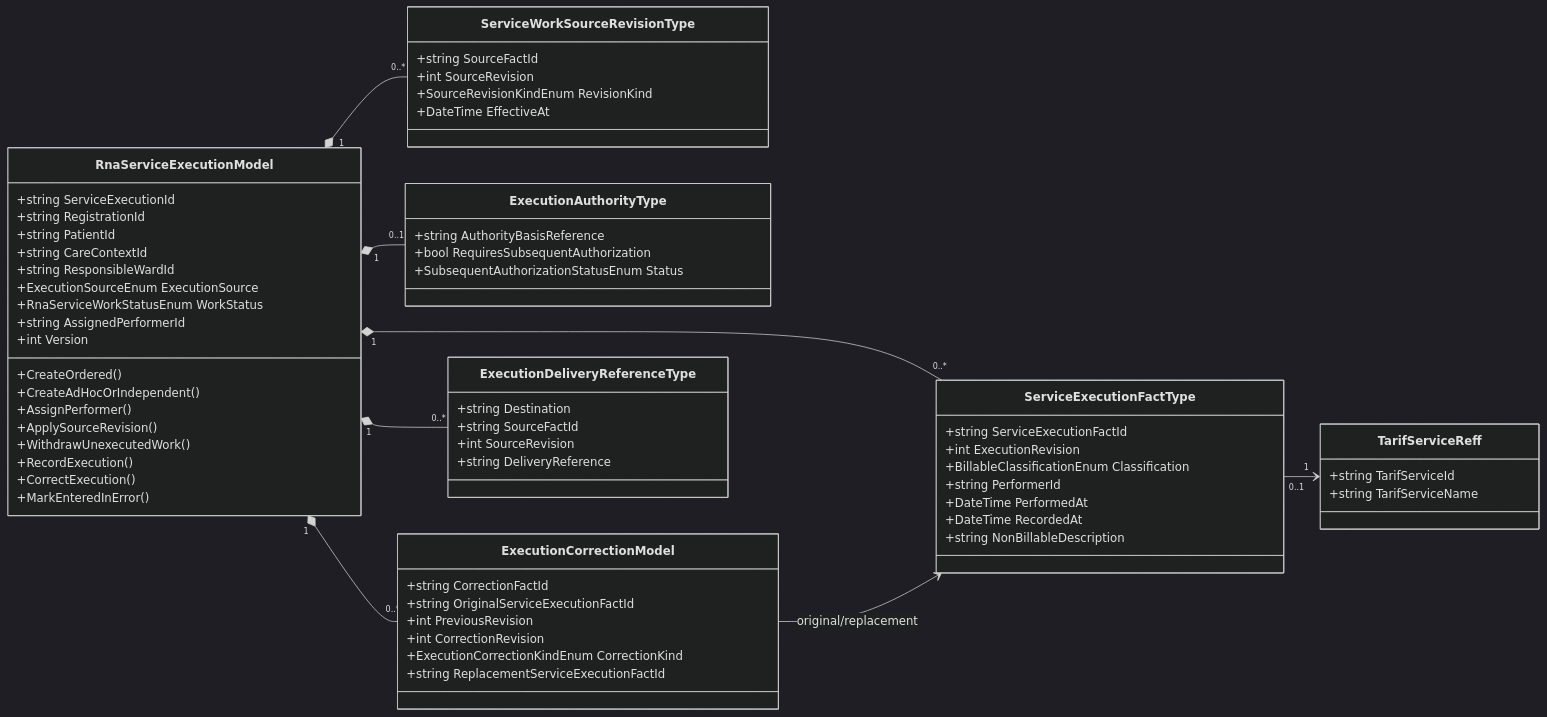
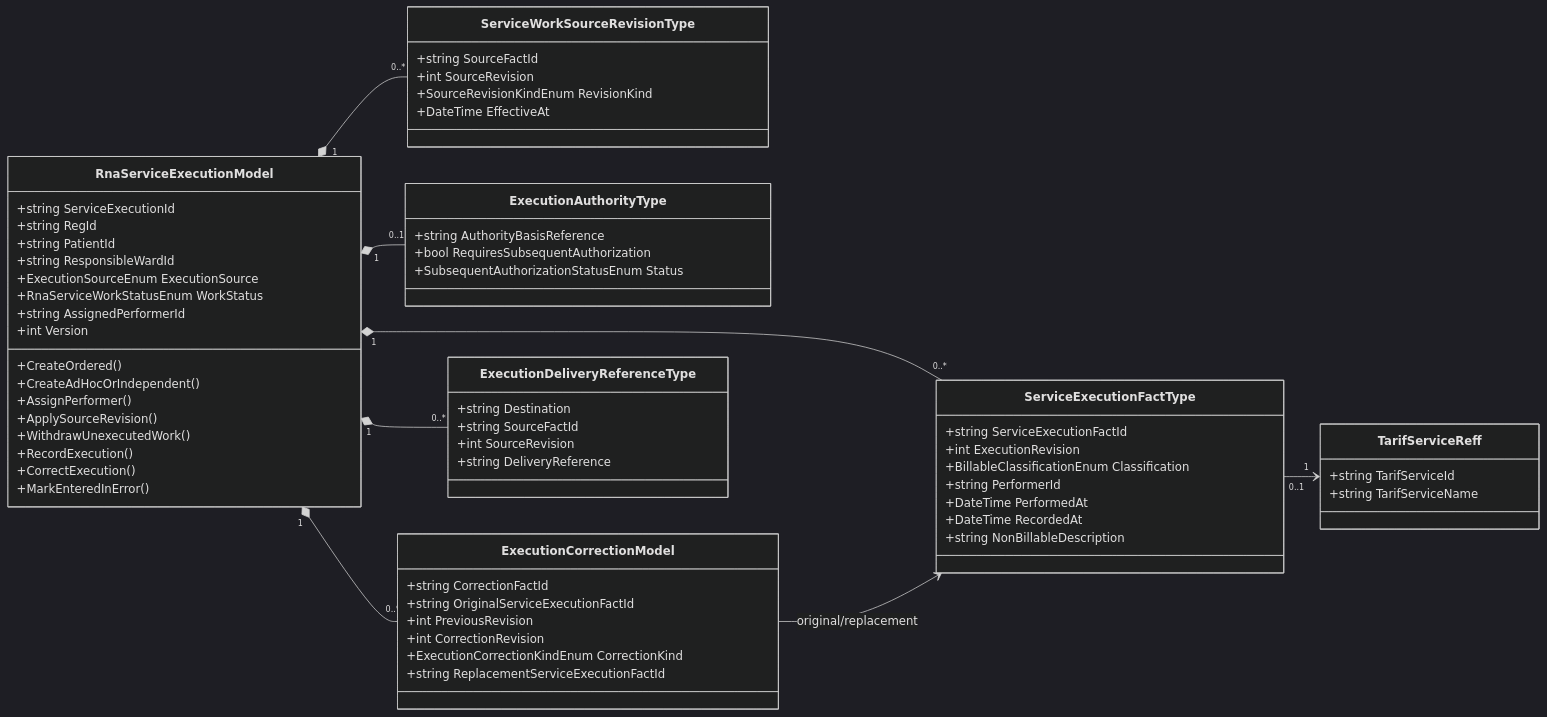
Before and after one commit to smart-ics/b09-bilreg-api: the diagram in docs/contexts/bangsal/RNA-SERVICE-EXECUTION-MODEL.md, drawn with Mermaid (dark theme). The commit also changed other lines of this file and 12 other files, not shown here.

````diff
--- a/docs/contexts/bangsal/RNA-SERVICE-EXECUTION-MODEL.md
+++ b/docs/contexts/bangsal/RNA-SERVICE-EXECUTION-MODEL.md
@@ -46,76 +46,75 @@
 ```mermaid
 classDiagram
 direction LR
 
 class RnaServiceExecutionModel {
   +string ServiceExecutionId
-  +string RegistrationId
+  +string RegId
   +string PatientId
-  +string CareContextId
   +string ResponsibleWardId
   +ExecutionSourceEnum ExecutionSource
   +RnaServiceWorkStatusEnum WorkStatus
   +string AssignedPerformerId
   +int Version
   +CreateOrdered()
   +CreateAdHocOrIndependent()
   +AssignPerformer()
   +ApplySourceRevision()
   +WithdrawUnexecutedWork()
   +RecordExecution()
   +CorrectExecution()
   +MarkEnteredInError()
 }
 
 class ServiceWorkSourceRevisionType {
   +string SourceFactId
   +int SourceRevision
   +SourceRevisionKindEnum RevisionKind
   +DateTime EffectiveAt
 }
 
 class ExecutionAuthorityType {
   +string AuthorityBasisReference
   +bool RequiresSubsequentAuthorization
   +SubsequentAuthorizationStatusEnum Status
 }
 
 class ServiceExecutionFactType {
   +string ServiceExecutionFactId
   +int ExecutionRevision
   +BillableClassificationEnum Classification
   +string PerformerId
   +DateTime PerformedAt
   +DateTime RecordedAt
   +string NonBillableDescription
 }
 
 class TarifServiceReff {
   +string TarifServiceId
   +string TarifServiceName
 }
 
 class ExecutionCorrectionModel {
   +string CorrectionFactId
   +string OriginalServiceExecutionFactId
   +int PreviousRevision
   +int CorrectionRevision
   +ExecutionCorrectionKindEnum CorrectionKind
   +string ReplacementServiceExecutionFactId
 }
 
 class ExecutionDeliveryReferenceType {
   +string Destination
   +string SourceFactId
   +int SourceRevision
   +string DeliveryReference
 }
 
 RnaServiceExecutionModel "1" *-- "0..*" ServiceWorkSourceRevisionType
 RnaServiceExecutionModel "1" *-- "0..1" ExecutionAuthorityType
 RnaServiceExecutionModel "1" *-- "0..*" ServiceExecutionFactType
 RnaServiceExecutionModel "1" *-- "0..*" ExecutionCorrectionModel
 RnaServiceExecutionModel "1" *-- "0..*" ExecutionDeliveryReferenceType
 ServiceExecutionFactType "0..1" --> "1" TarifServiceReff
 ExecutionCorrectionModel --> ServiceExecutionFactType : original/replacement
 ```
````
